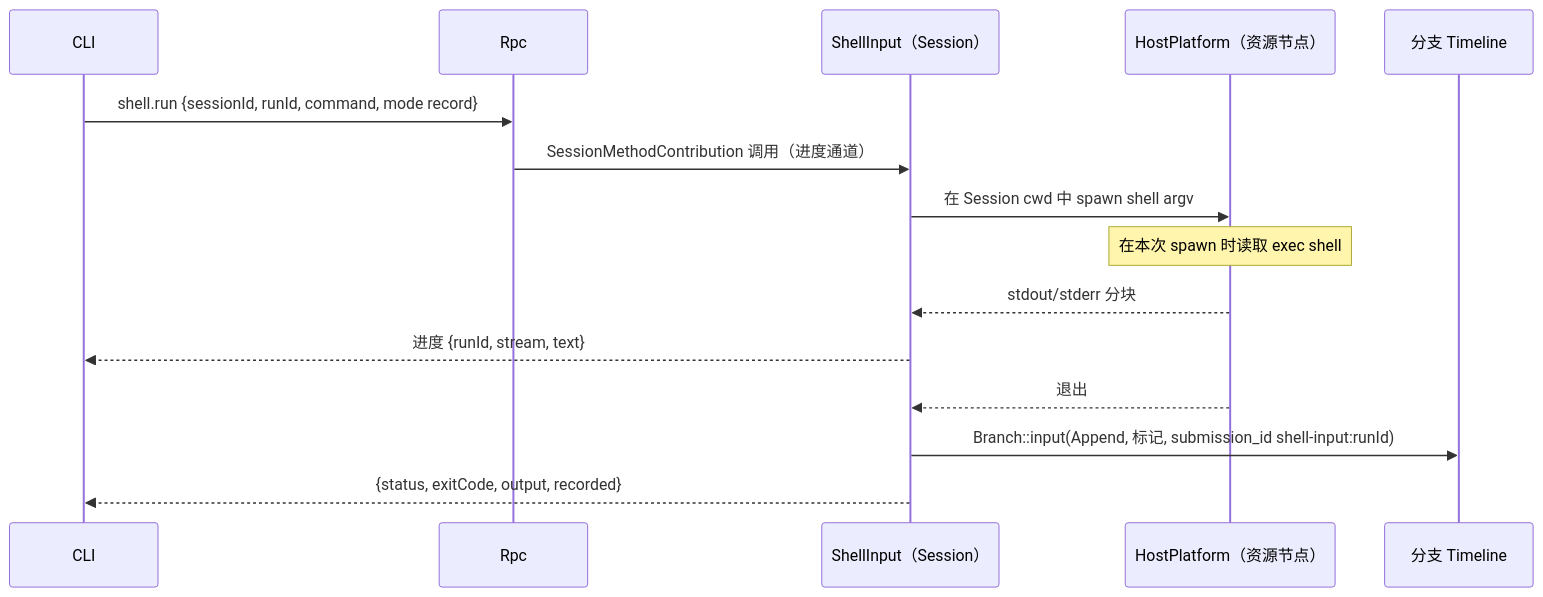
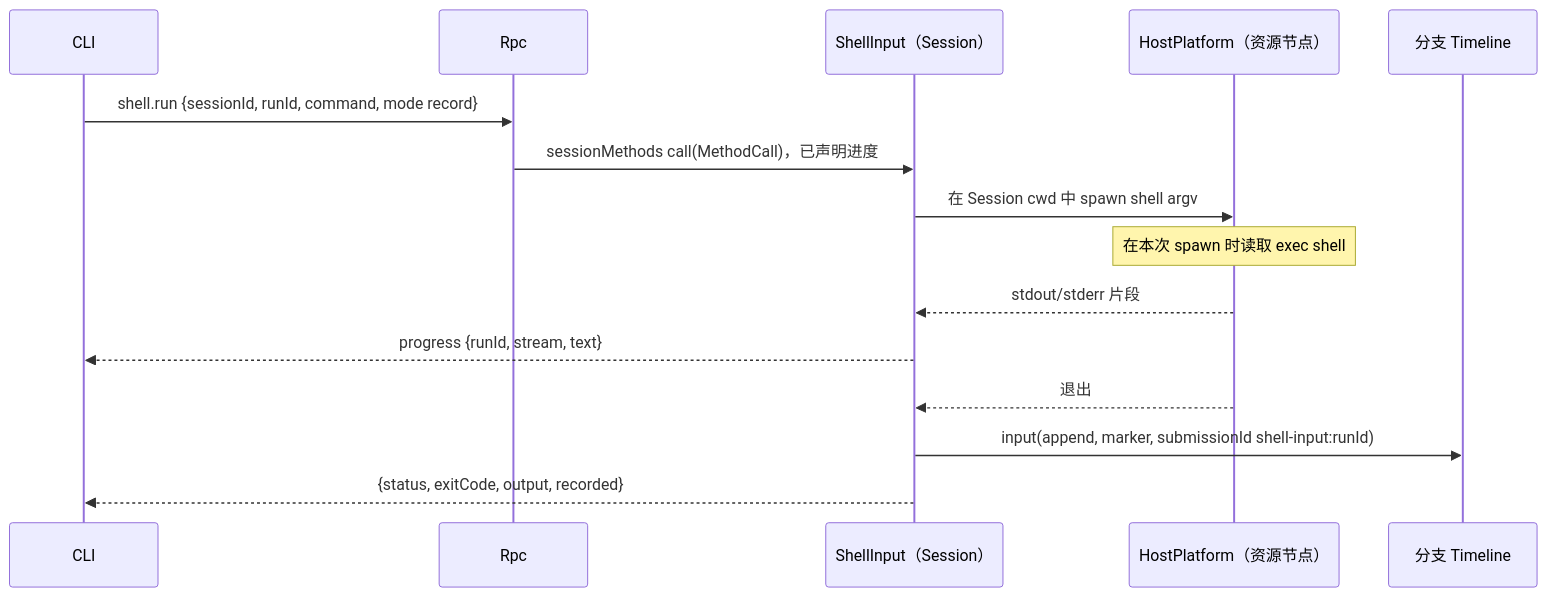
One commit to CoutinhoTTS/dim-agent changed the third of 5 diagrams in docs/zh/design/plugins/ShellInput.md. Above: the diagram before and after it, drawn with Mermaid. The commit also changed other lines of this file and 18 other files, not shown here.

````diff
--- a/docs/zh/design/plugins/ShellInput.md
+++ b/docs/zh/design/plugins/ShellInput.md
@@ -67,17 +67,17 @@
 ```mermaid
 sequenceDiagram
   participant C as CLI
   participant R as Rpc
   participant SI as ShellInput（Session）
   participant HP as HostPlatform（资源节点）
   participant TL as 分支 Timeline
   C->>R: shell.run {sessionId, runId, command, mode record}
-  R->>SI: SessionMethodContribution 调用（进度通道）
+  R->>SI: sessionMethods call(MethodCall)，已声明进度
   SI->>HP: 在 Session cwd 中 spawn shell argv
   Note over HP: 在本次 spawn 时读取 exec shell
-  HP-->>SI: stdout/stderr 分块
-  SI-->>C: 进度 {runId, stream, text}
+  HP-->>SI: stdout/stderr 片段
+  SI-->>C: progress {runId, stream, text}
   HP-->>SI: 退出
-  SI->>TL: Branch::input(Append, 标记, submission_id shell-input:runId)
+  SI->>TL: input(append, marker, submissionId shell-input:runId)
   SI-->>C: {status, exitCode, output, recorded}
 ```
````
